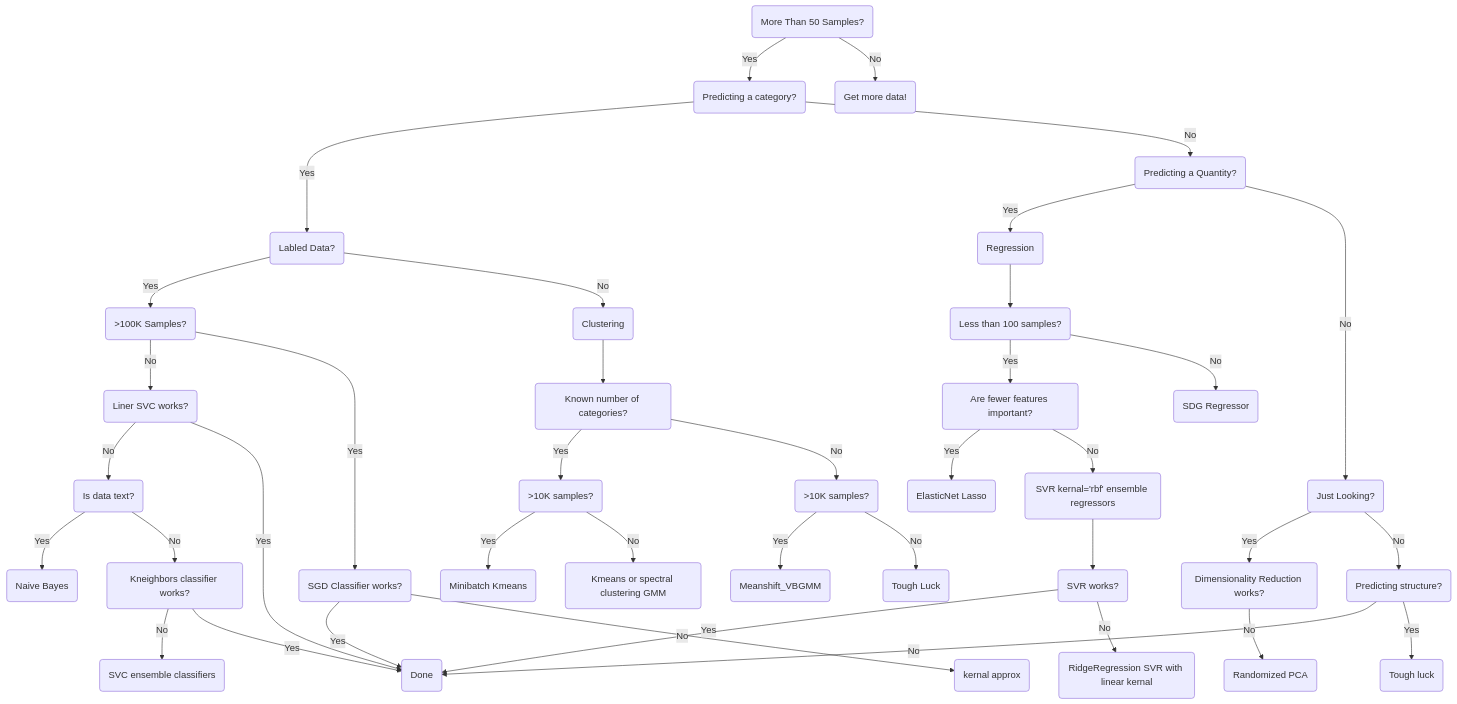
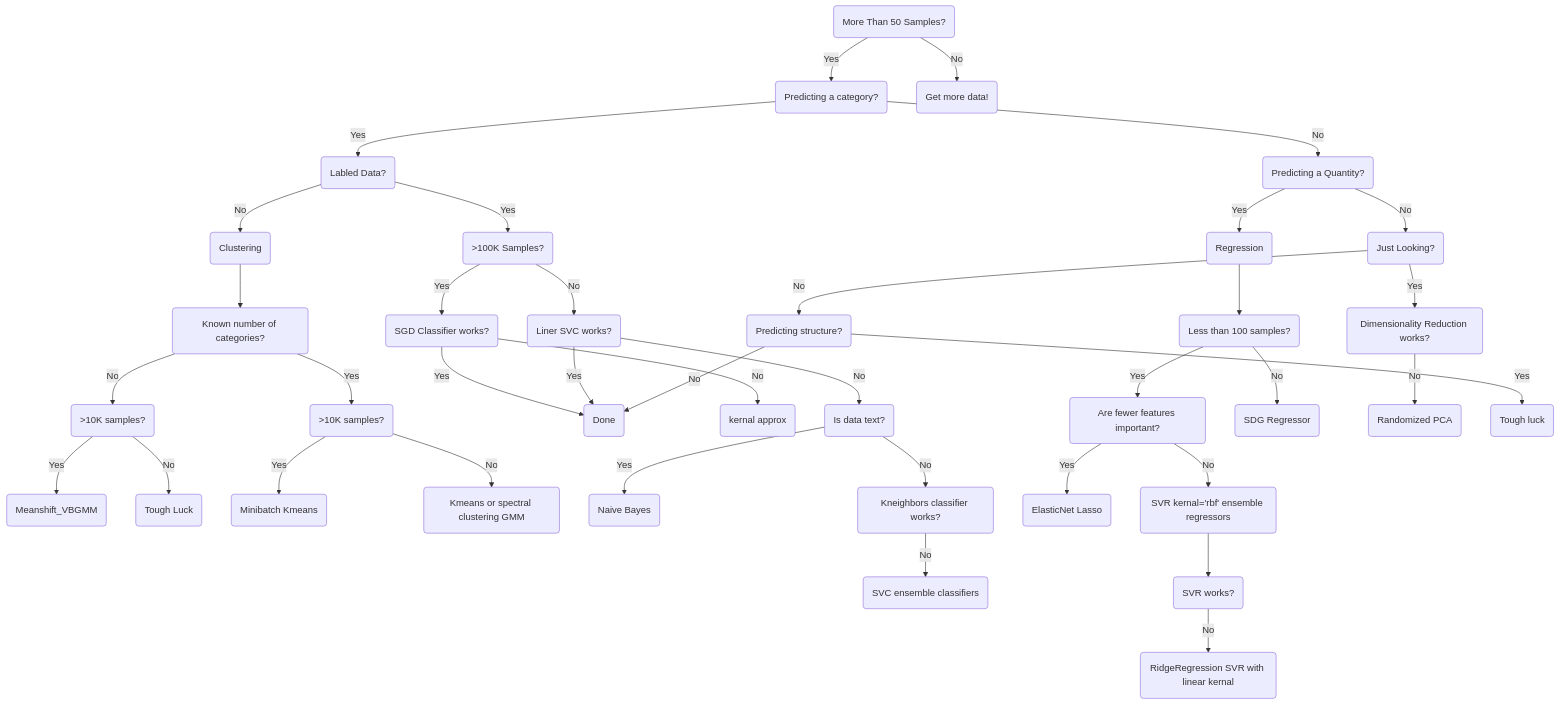
The diagram in ML_Cheatsheet.md (hwetsman/Public_Notes), drawn with Mermaid before and after one commit.

````diff
--- a/ML_Cheatsheet.md
+++ b/ML_Cheatsheet.md
@@ -1,77 +1,76 @@
 ```mermaid
 flowchart TD
 id1(More Than 50 Samples?)
   id2(Predicting a category?)
     id1-->|Yes|id2
     id4(Labled Data?)
       id2-->|Yes|id4
       id6(>100K Samples?)
         id4-->|Yes|id6
         id14(Clustering)
         id15(Known number of categories?)
           id16(>10K samples?)
           id17(>10K samples?)
           id15-->|Yes|id16
             id20(Meanshift_VBGMM)
             id98(Tough Luck)
             id17-->|Yes|id20
             id17-->|No|id98
           id15-->|No|id17
             id18(Minibatch Kmeans)
             id19(Kmeans or spectral clustering GMM)
             id16-->|Yes|id18
             id16-->|No|id19
         id14-->id15
         id4-->|No|id14
         id7(Liner SVC works?)
         id6-->|No|id7
         id8(SGD Classifier works?)
           id8-->|Yes|id99
           id13(kernal approx)
           id8-->|No|id13
         id6-->|Yes|id8
           id9(Is data text?)
           id7-->|No|id9
             id10(Naive Bayes)
             id9-->|Yes|id10
             id11(Kneighbors classifier works?)
             id9-->|No|id11
               id12(SVC ensemble classifiers)
               id11-->|No|id12
               id99(Done)
                 id7-->|Yes|id99
-              id11-->|Yes|id99
+
     id5(Predicting a Quantity?)
       id2-->|No|id5
       id30(Regression)
         id32(Less than 100 samples?)
           id33(Are fewer features important?)
             id32-->|Yes|id33
             id34(ElasticNet Lasso)
               id33-->|Yes|id34
             id35(SVR kernal='rbf' ensemble regressors)
               id33-->|No|id35
             id36(SVR works?)
               id35-->id36
             id37(RidgeRegression SVR with linear kernal)
-              id36-->|Yes|id99
               id36-->|No|id37
         id38(SDG Regressor)
           id32-->|No|id38
       id31(Just Looking?)
         id5-->|Yes|id30
         id30-->id32
         id5-->|No|id31
         id40(Dimensionality Reduction works?)
           id31-->|Yes|id40
         id41(Randomized PCA)
           id40-->|No|id41
         id42(Predicting structure?)
         id31-->|No|id42
           id42-->|No|id99
           id97(Tough luck)
           id42-->|Yes|id97
 
   id3(Get more data!)
     id1-->|No|id3
 ```
````
